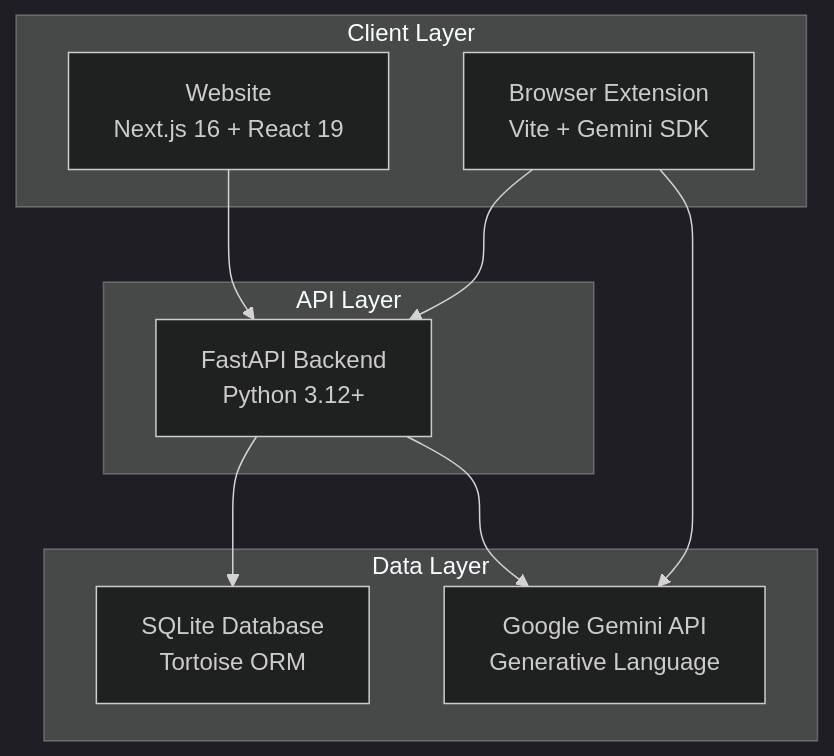
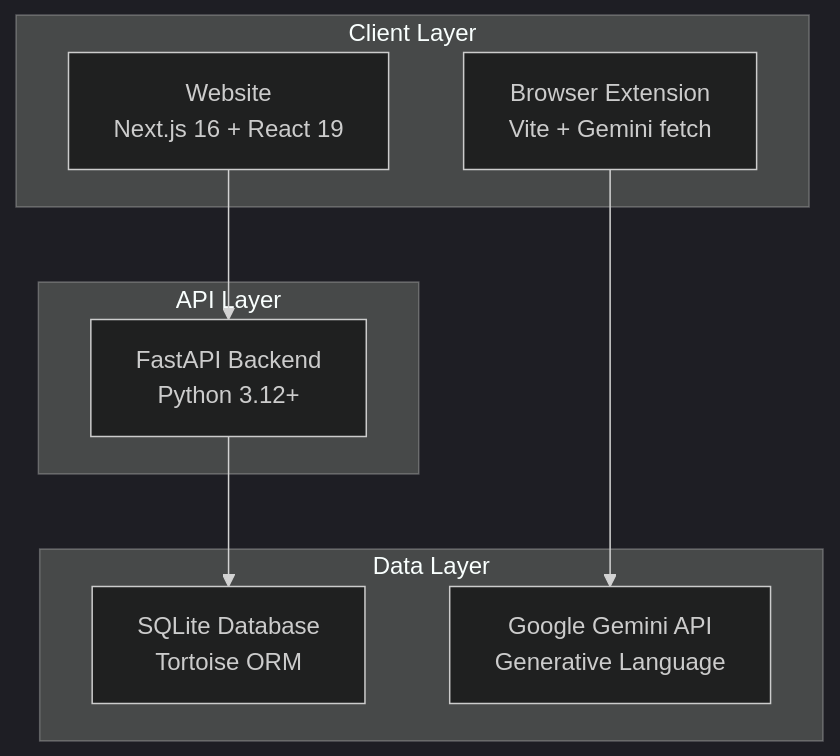
One commit to tashifkhan/tashif.codes changed the second of 6 diagrams in src/data/docs/mooc-utils/Project Overview/Technology Stack.md. Above: the diagram before and after it, drawn with Mermaid (dark theme). The commit also changed other lines of this file and 2128 other files, not shown here.

First line of the commit message:
docs: replace raster diagram images with native Mermaid across project guides

````diff
--- a/src/data/docs/mooc-utils/Project Overview/Technology Stack.md
+++ b/src/data/docs/mooc-utils/Project Overview/Technology Stack.md
@@ -80,19 +58,17 @@
 ```mermaid
 graph TB
 subgraph "Client Layer"
-EXT["Browser Extension<br/>Vite + Gemini SDK"]
+EXT["Browser Extension<br/>Vite + Gemini fetch"]
 WEB["Website<br/>Next.js 16 + React 19"]
 end
 subgraph "API Layer"
 API["FastAPI Backend<br/>Python 3.12+"]
 end
 subgraph "Data Layer"
 DB["SQLite Database<br/>Tortoise ORM"]
 GEMINI["Google Gemini API<br/>Generative Language"]
 end
-EXT --> API
 WEB --> API
 API --> DB
 EXT --> GEMINI
-API --> GEMINI
 ```
````
